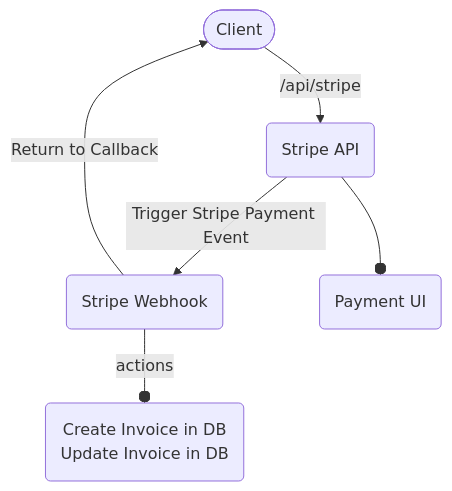
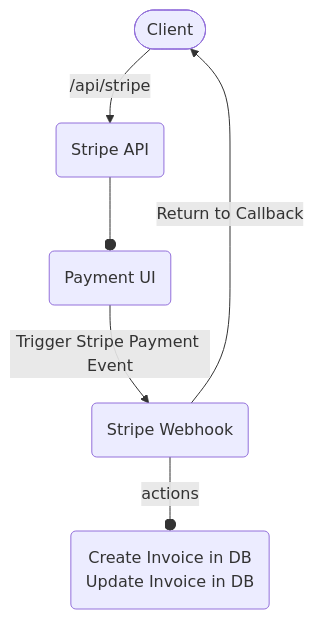
One commit to fkaaziebu/mermaid-tutorials changed the diagram in stripe_payment_api/docs.md. Above: the diagram before and after it, drawn with Mermaid.

Commit message:
Stripe_payment_api_implementation_V2.2

````diff
--- a/stripe_payment_api/docs.md
+++ b/stripe_payment_api/docs.md
@@ -5,24 +5,24 @@
 ```mermaid
 flowchart TB
     client([Client])
     stripe_api(Stripe API)
     stripe_webhook(Stripe Webhook)
     stripe_ui(Payment UI)
     todo("Create Invoice in DB<br/>Update Invoice in DB")
 
     %% API call to /api/stripe express endpoint
     client-- /api/stripe -->stripe_api
 
     %% Starting Stripe event session
-    stripe_api-- Trigger Stripe Payment Event -->stripe_webhook
+    stripe_ui-- Trigger Stripe Payment Event -->stripe_webhook
 
     %% Redirection to Stripe UI for payment processing
     stripe_api--ostripe_ui
 
     %% Create an invoice in database on session completion
     %% Update the invoice on payment success
     stripe_webhook--actions--otodo
 
     %% Return back to client callback function
     stripe_webhook-- Return to Callback -->client
 ```
````
